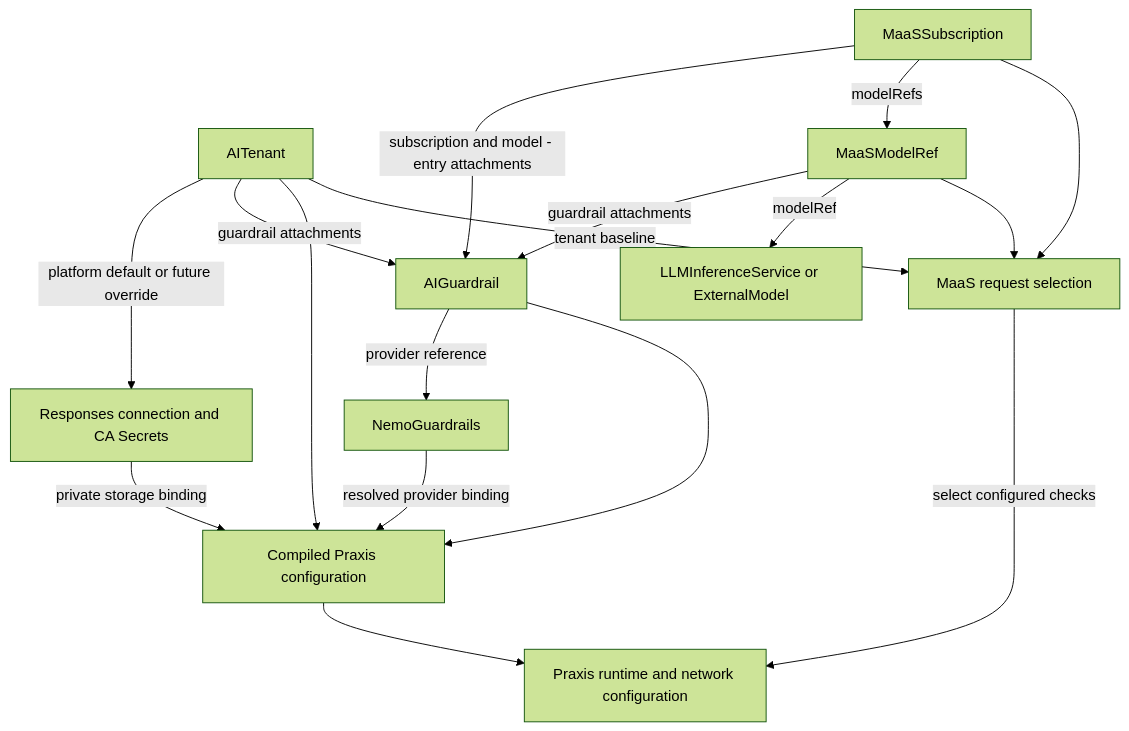
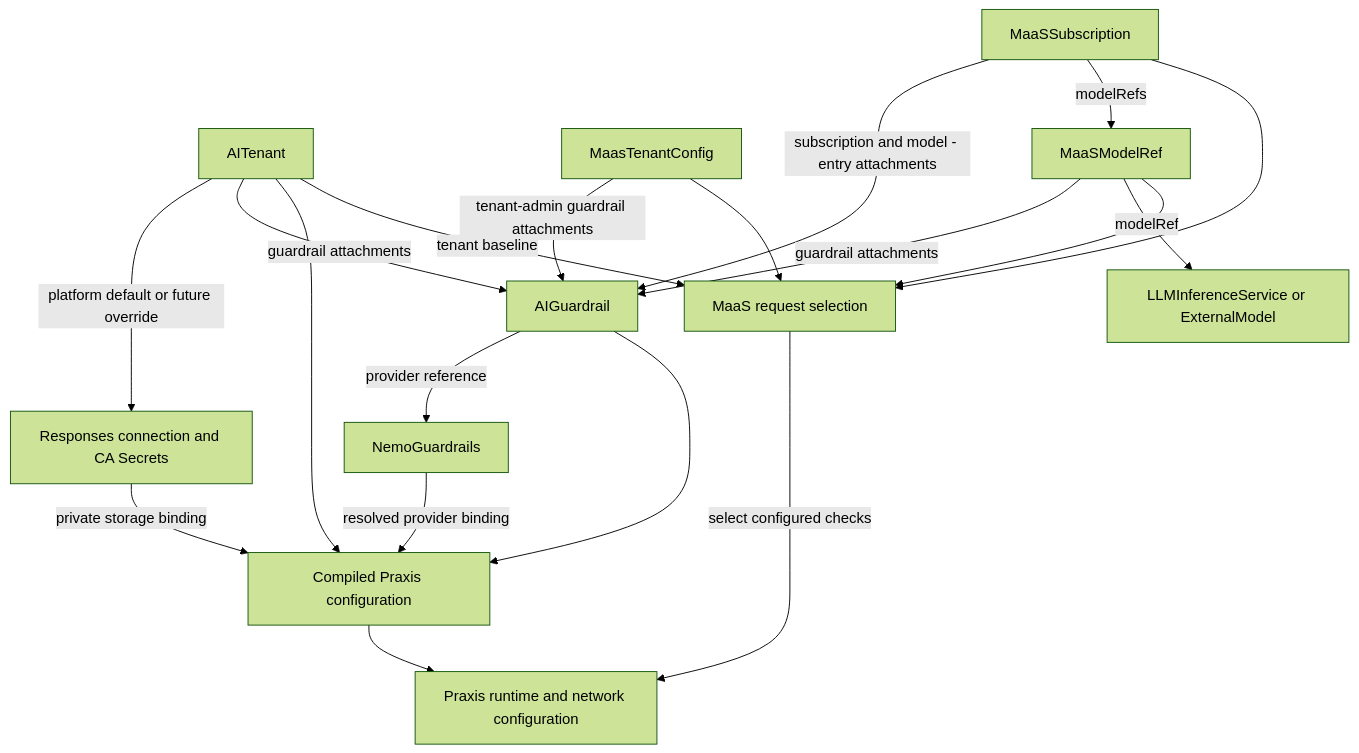
The first of 2 diagrams in docs/content/architecture-internals/guardrails-responses/01-guardrails-responses-high-level-design.md (opendatahub-io/models-as-a-service), drawn with Mermaid (forest theme) before and after one commit. The commit also changed other lines of this file and 5 other files, not shown here.

````diff
--- a/docs/content/architecture-internals/guardrails-responses/01-guardrails-responses-high-level-design.md
+++ b/docs/content/architecture-internals/guardrails-responses/01-guardrails-responses-high-level-design.md
@@ -151,19 +165,21 @@
 ```mermaid
 flowchart TD
     T[AITenant] -->|platform default or future override| D[Responses connection and CA Secrets]
     T -->|guardrail attachments| G[AIGuardrail]
+    MT[MaasTenantConfig] -->|tenant-admin guardrail attachments| G
     M[MaaSModelRef] -->|guardrail attachments| G
     S[MaaSSubscription] -->|subscription and model - entry attachments| G
     S -->|modelRefs| M
     M -->|modelRef| B[LLMInferenceService or ExternalModel]
     G -->|provider reference| N[NemoGuardrails]
     T --> C[Compiled Praxis configuration]
     G --> C
     N -->|resolved provider binding| C
     D -->|private storage binding| C
     C --> R[Praxis runtime and network configuration]
-    M --> Q[MaaS request selection]
+    MT --> Q[MaaS request selection]
+    M --> Q
     S --> Q
     T -->|tenant baseline| Q
     Q -->|select configured checks| R
 ```
````
